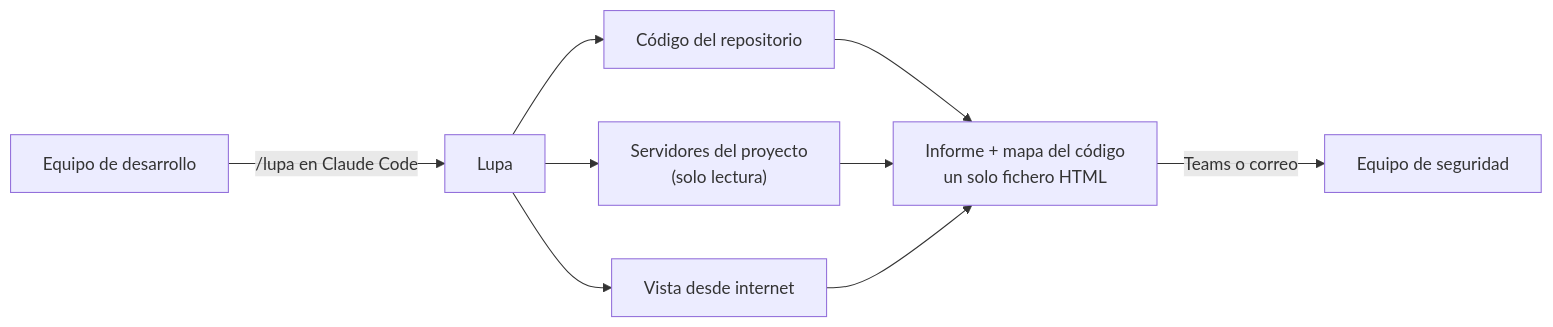
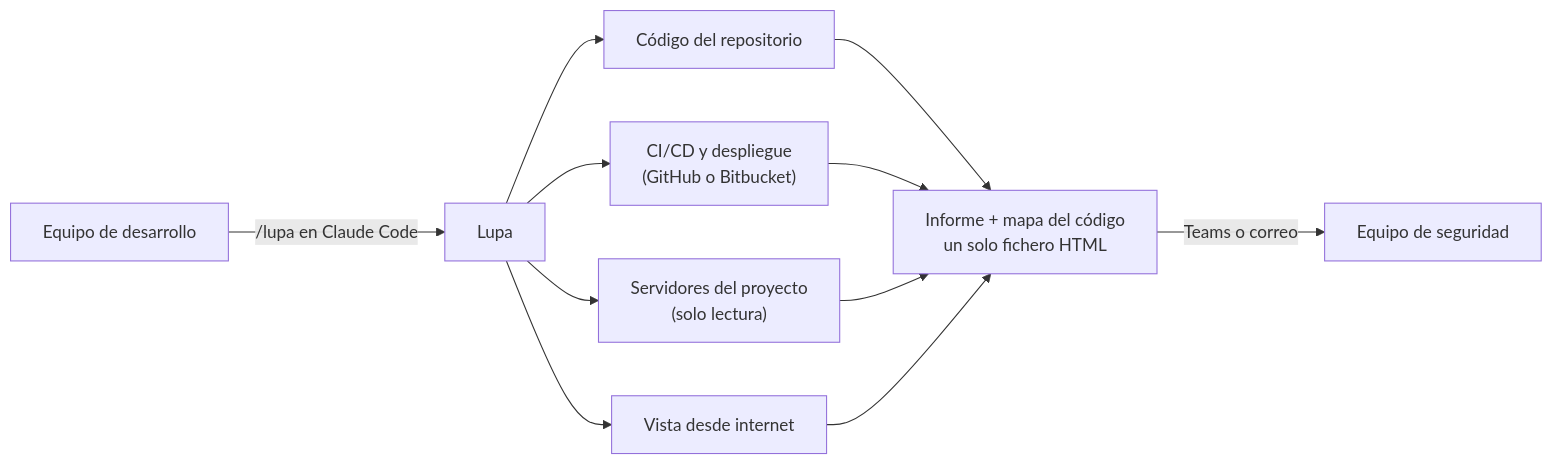
Before and after one commit to eloy-leadtech/lupa: the diagram in README.md, drawn with Mermaid. The commit also changed other lines of this file and 18 other files, not shown here.

````diff
--- a/README.md
+++ b/README.md
@@ -31,11 +32,13 @@
 ```mermaid
 flowchart LR
   D["Equipo de desarrollo"] -->|"/lupa en Claude Code"| L["Lupa"]
   L --> C["Código del repositorio"]
+  L --> P["CI/CD y despliegue<br/>(GitHub o Bitbucket)"]
   L --> S["Servidores del proyecto<br/>(solo lectura)"]
   L --> I["Vista desde internet"]
   C --> R["Informe + mapa del código<br/>un solo fichero HTML"]
+  P --> R
   S --> R
   I --> R
   R -->|"Teams o correo"| SEC["Equipo de seguridad"]
 ```
````
